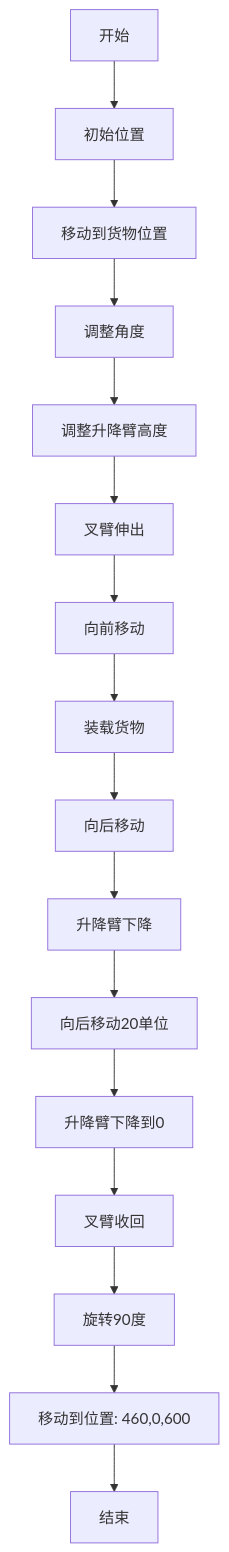
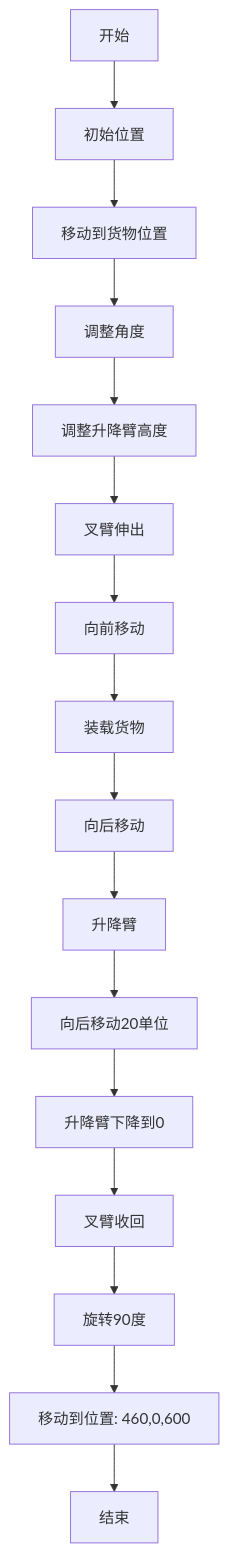
The diagram in all/未命名-1.md (Mrmilu212/iodraw-files), drawn with Mermaid before and after one commit.

Commit message:
2025-05-20 14:23:44 update

````diff
--- a/all/未命名-1.md
+++ b/all/未命名-1.md
@@ -1,18 +1,18 @@
 ```mermaid
 graph TD
     A[开始] --> B[初始位置]
     B --> C[移动到货物位置]
     C --> D[调整角度]
     D --> E[调整升降臂高度]
     E --> F[叉臂伸出]
     F --> G[向前移动]
     G --> H[装载货物]
     H --> I[向后移动]
-    I --> J[升降臂下降]
+    I --> J[升降臂]
     J --> K[向后移动20单位]
     K --> L[升降臂下降到0]
     L --> M[叉臂收回]
     M --> N[旋转90度]
     N --> O[移动到位置: 460,0,600]
     O --> P[结束]
 ```
````
